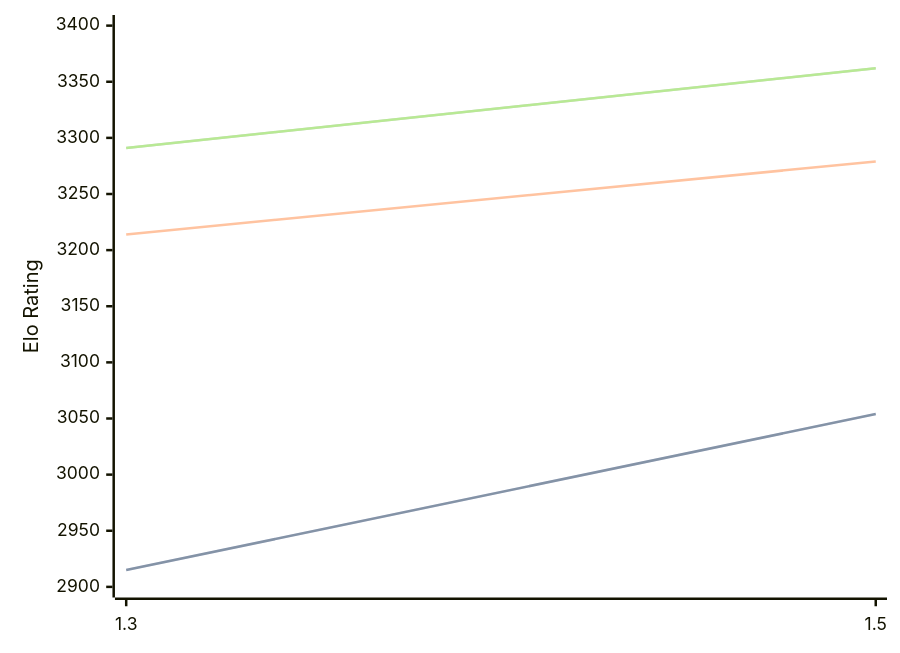
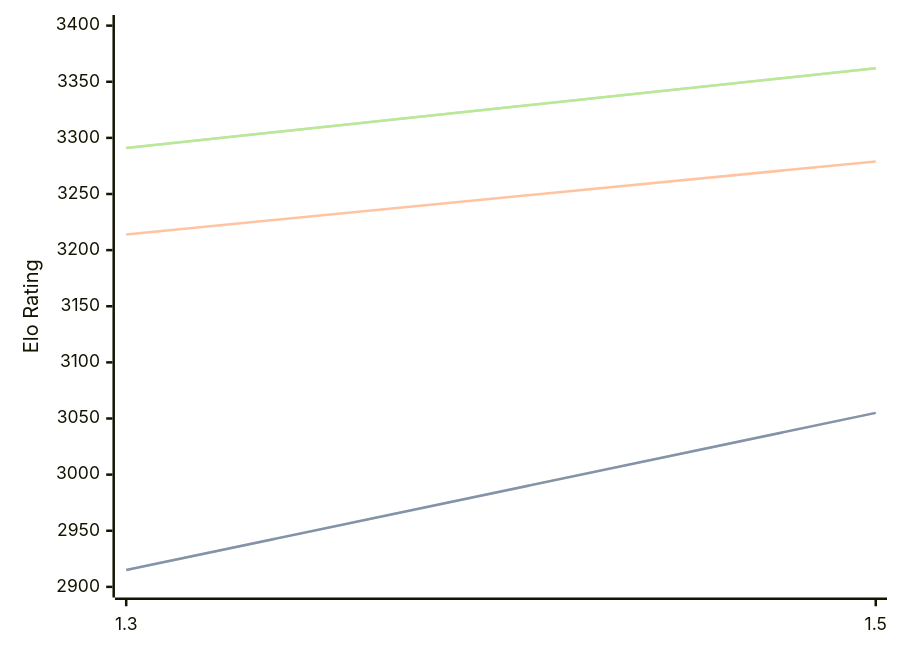
The diagram in engines/Lambergar.md (computer-chess-index/cci), drawn with Mermaid before and after one commit. The commit also changed other lines of this file, not shown here.

````diff
--- a/engines/Lambergar.md
+++ b/engines/Lambergar.md
@@ -32,11 +32,11 @@
 ```mermaid
 %%{init: {"theme":"base","themeVariables":{"seriesColors:['#a3a3a3','#222221','#faa371']}}}%%
 xychart-beta
   x-axis ["1.3", "1.5"]
   y-axis "Elo Rating" 2900 --> 3400
-  line "" [2915, 3054]
-  line "STC (8.0+0.08s)" [2915, 3054]
+  line "" [2915, 3055]
+  line "STC (8.0+0.08s)" [2915, 3055]
   line "LTC (60.0+0.60s)" [3214, 3279]
   line "" [3291, 3362]
   line "VLTC (2m24s+1.12s)" [3291, 3362]
 ```
````
